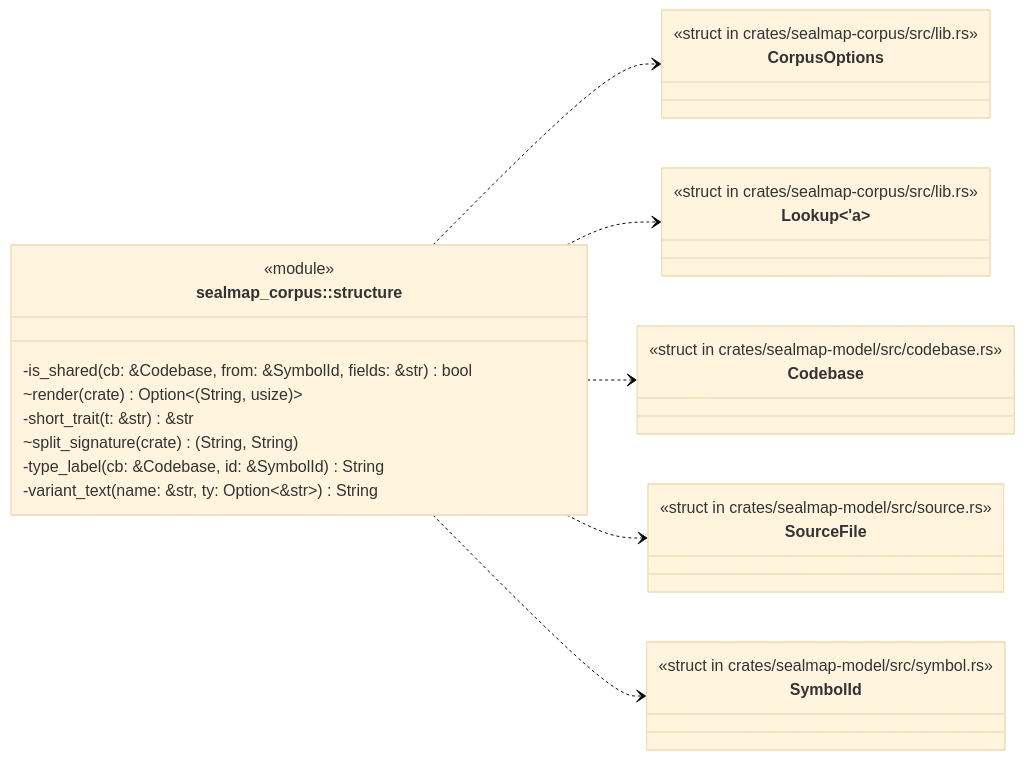
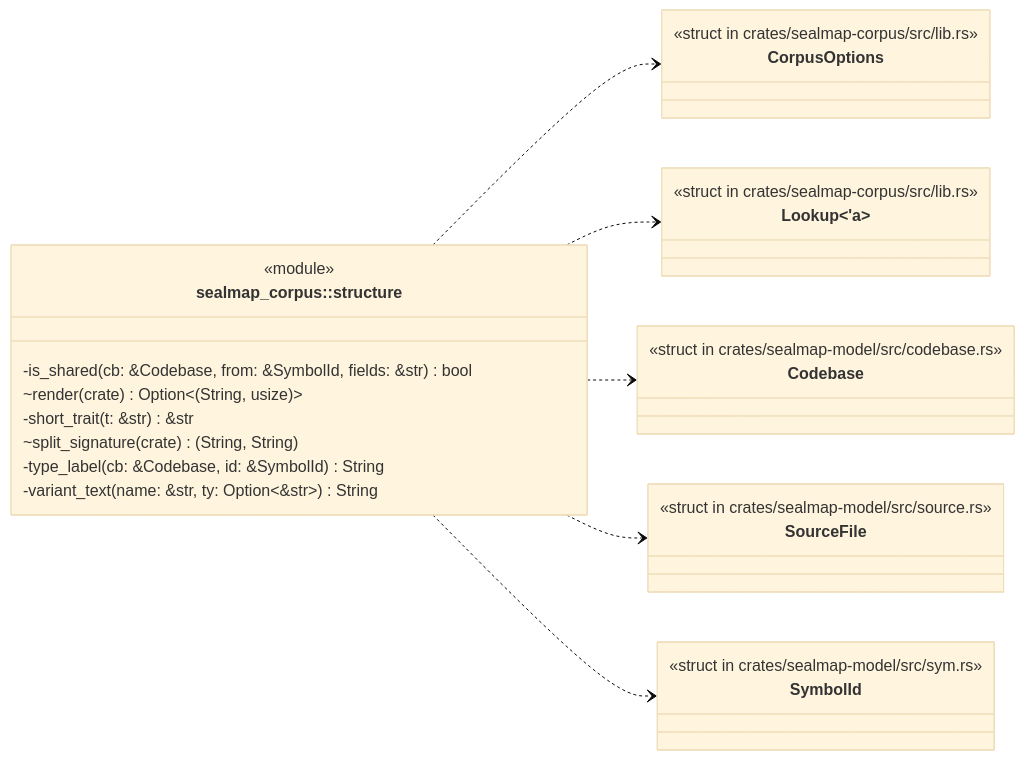
One commit to DreamLab-AI/codemaid changed the first of 4 diagrams in docs/sealmap/crates/sealmap-corpus/src/structure.rs.md. Above: the diagram before and after it, drawn with Mermaid (base theme). The commit also changed other lines of this file and 45 other files, not shown here.

First line of the commit message:
docs: regenerate the self-corpus for sym: ids and schema v2

````diff
--- a/docs/sealmap/crates/sealmap-corpus/src/structure.rs.md
+++ b/docs/sealmap/crates/sealmap-corpus/src/structure.rs.md
@@ -14,33 +14,33 @@
 ```mermaid
 classDiagram
   direction LR
   class sealmap_corpus__structure["sealmap_corpus::structure"] {
     <<module>>
     -is_shared(cb: &Codebase, from: &SymbolId, fields: &str) bool
     ~render(crate) Option#lt;#40;String, usize#41;#gt;
     -short_trait(t: &str) &str
     ~split_signature(crate) #40;String, String#41;
     -type_label(cb: &Codebase, id: &SymbolId) String
     -variant_text(name: &str, ty: Option#lt;&str#gt;) String
   }
-  class sealmap_corpus__CorpusOptions["CorpusOptions"] {
+  class sealmap_corpus___tCorpusOptions["CorpusOptions"] {
     <<struct in crates/sealmap-corpus/src/lib.rs>>
   }
-  class sealmap_corpus__Lookup["Lookup#lt;'a#gt;"] {
+  class sealmap_corpus___tLookup["Lookup#lt;'a#gt;"] {
     <<struct in crates/sealmap-corpus/src/lib.rs>>
   }
-  class sealmap_model__codebase__Codebase["Codebase"] {
+  class sealmap_model__codebase___tCodebase["Codebase"] {
     <<struct in crates/sealmap-model/src/codebase.rs>>
   }
-  class sealmap_model__source__SourceFile["SourceFile"] {
+  class sealmap_model__source___tSourceFile["SourceFile"] {
     <<struct in crates/sealmap-model/src/source.rs>>
   }
-  class sealmap_model__symbol__SymbolId["SymbolId"] {
-    <<struct in crates/sealmap-model/src/symbol.rs>>
+  class sealmap_model__sym___tSymbolId["SymbolId"] {
+    <<struct in crates/sealmap-model/src/sym.rs>>
   }
-  sealmap_corpus__structure ..> sealmap_corpus__CorpusOptions
-  sealmap_corpus__structure ..> sealmap_corpus__Lookup
-  sealmap_corpus__structure ..> sealmap_model__codebase__Codebase
-  sealmap_corpus__structure ..> sealmap_model__source__SourceFile
-  sealmap_corpus__structure ..> sealmap_model__symbol__SymbolId
+  sealmap_corpus__structure ..> sealmap_corpus___tCorpusOptions
+  sealmap_corpus__structure ..> sealmap_corpus___tLookup
+  sealmap_corpus__structure ..> sealmap_model__codebase___tCodebase
+  sealmap_corpus__structure ..> sealmap_model__source___tSourceFile
+  sealmap_corpus__structure ..> sealmap_model__sym___tSymbolId
 ```
````
